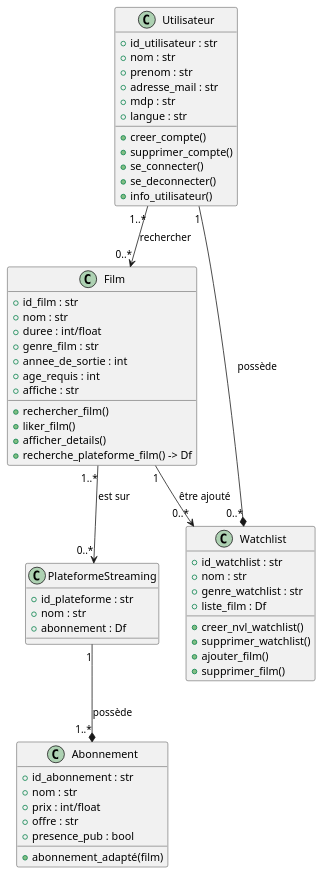
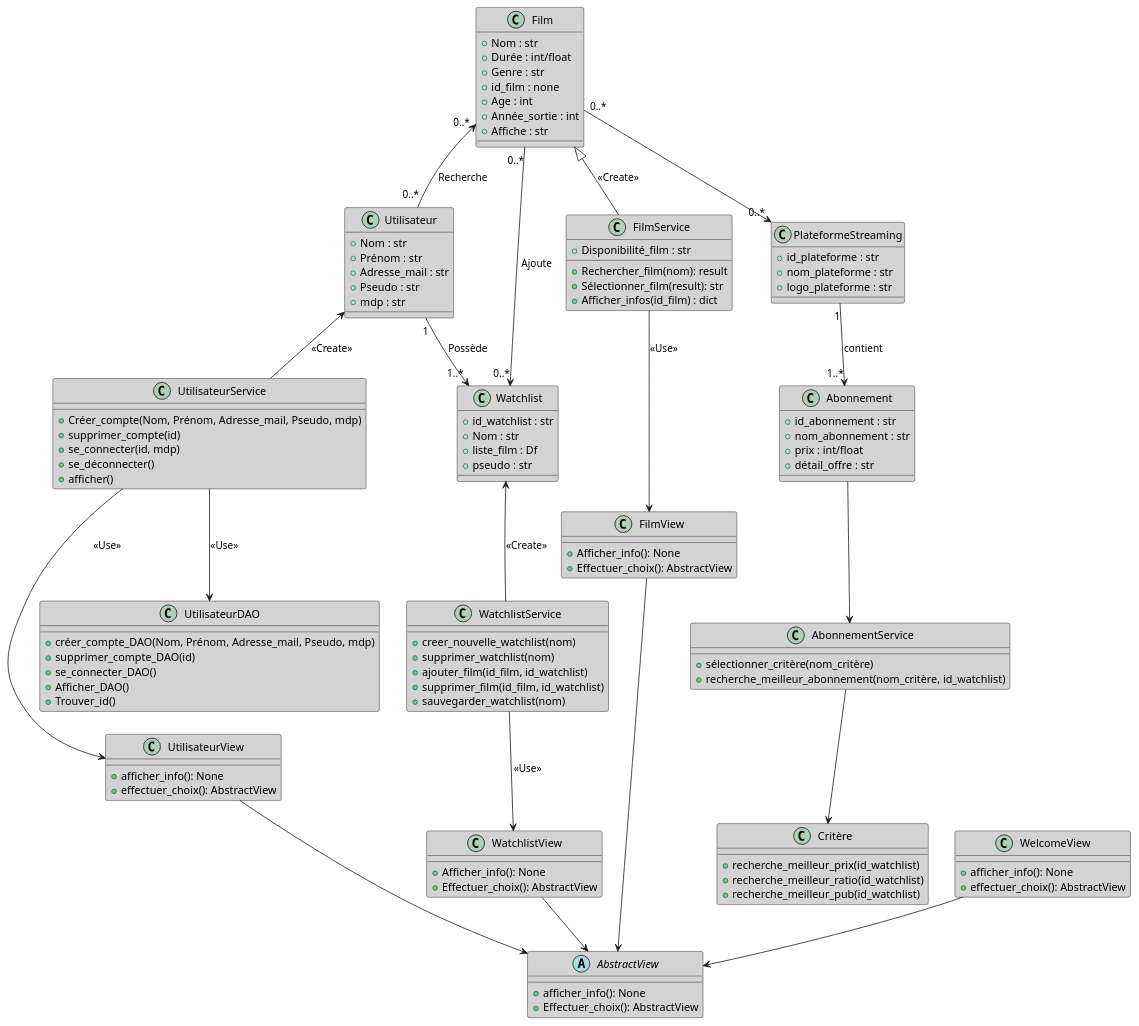
The diagram in doc/info_projet/diagrammes_PUML/diagramme_classe.puml (gpmp58/StreamSmartGroupe11), drawn with PlantUML before and after one commit.

Commit message:
diag class

```diff
--- a/doc/info_projet/diagrammes_PUML/diagramme_classe.puml
+++ b/doc/info_projet/diagrammes_PUML/diagramme_classe.puml
@@ -1,63 +1,141 @@
-@startuml 2
+@startuml
 
+skinparam class {
+    BackgroundColor lightgrey
+    BorderColor black
+    FontColor black
+}
+
+' Classe Utilisateur et ses services
 class Utilisateur {
-    +id_utilisateur : str
-    +nom : str
-    +prenom : str
-    +adresse_mail : str
+    +Nom : str
+    +Prénom : str
+    +Adresse_mail : str
+    +Pseudo : str
     +mdp : str
-    +langue : str
-    +creer_compte() 
-    +supprimer_compte() 
-    +se_connecter() 
-    +se_deconnecter() 
-    +info_utilisateur()
+}
+
+class UtilisateurService {
+    +Créer_compte(Nom, Prénom, Adresse_mail, Pseudo, mdp)
+    +supprimer_compte(id)
+    +se_connecter(id, mdp)
+    +se_déconnecter()
+    +afficher()
+}
+
+class UtilisateurDAO {
+    +créer_compte_DAO(Nom, Prénom, Adresse_mail, Pseudo, mdp)
+    +supprimer_compte_DAO(id)
+    +se_connecter_DAO()
+    +Afficher_DAO()
+    +Trouver_id()
 }
 
 class Film {
-    +id_film : str
-    +nom : str
-    +duree : int/float
-    +genre_film : str
-    +annee_de_sortie : int
-    +age_requis : int
-    +affiche : str
-    +rechercher_film() 
-    +liker_film()
-    +afficher_details() 
-    +recherche_plateforme_film() -> Df
+    +Nom : str
+    +Durée : int/float
+    +Genre : str
+    +id_film : none
+    +Age : int
+    +Année_sortie : int
+    +Affiche : str
+}
+
+class FilmService {
+    +Rechercher_film(nom): result
+    +Sélectionner_film(result): str
+    +Afficher_infos(id_film) : dict
+    +Disponibilité_film : str
+}
+
+class FilmView {
+    +Afficher_info(): None
+    +Effectuer_choix(): AbstractView
 }
 
 class Watchlist {
     +id_watchlist : str
-    +nom : str
-    +genre_watchlist : str
+    +Nom : str
     +liste_film : Df
-    +creer_nvl_watchlist()
-    +supprimer_watchlist() 
-    +ajouter_film()
-    +supprimer_film()
+    +pseudo : str
+}
+
+class WatchlistService {
+    +creer_nouvelle_watchlist(nom)
+    +supprimer_watchlist(nom)
+    +ajouter_film(id_film, id_watchlist)
+    +supprimer_film(id_film, id_watchlist)
+    +sauvegarder_watchlist(nom)
+}
+
+class WatchlistView {
+    +Afficher_info(): None
+    +Effectuer_choix(): AbstractView
+}
+
+abstract class AbstractView {
+    +afficher_info(): None
+    +Effectuer_choix(): AbstractView
+}
+
+class WelcomeView {
+    +afficher_info(): None
+    +effectuer_choix(): AbstractView
+}
+
+class UtilisateurView {
+    +afficher_info(): None
+    +effectuer_choix(): AbstractView
 }
 
 class PlateformeStreaming {
     +id_plateforme : str
-    +nom : str
-    +abonnement : Df
+    +nom_plateforme : str
+    +logo_plateforme : str
 }
 
 class Abonnement {
     +id_abonnement : str
-    +nom : str
+    +nom_abonnement : str
     +prix : int/float
-    +offre : str
-    +presence_pub : bool
-    +abonnement_adapté(film)
+    +détail_offre : str
 }
 
-Utilisateur "1" --* "0..*" Watchlist : possède
-Utilisateur "1..*" --> "0..*" Film : rechercher
-Film "1" --> "0..*" Watchlist : être ajouté
-Film "1..*" --> "0..*" PlateformeStreaming : est sur
-PlateformeStreaming "1" --* "1..*" Abonnement : possède
+class AbonnementService {
+    +sélectionner_critère(nom_critère)
+    +recherche_meilleur_abonnement(nom_critère, id_watchlist)
+}
+
+class Critère {
+    +recherche_meilleur_prix(id_watchlist)
+    +recherche_meilleur_ratio(id_watchlist)
+    +recherche_meilleur_pub(id_watchlist)
+}
+
+' Relations entre les classes et services
+
+Film "0..*" --> "0..*" PlateformeStreaming 
+PlateformeStreaming "1" --> "1..*" Abonnement : contient
+Abonnement --> AbonnementService
+AbonnementService --> Critère
+
+Film <|-- FilmService : <<Create>>
+FilmService --> FilmView : <<Use>>
+FilmView --> AbstractView
+
+WatchlistView --> AbstractView
+WelcomeView --> AbstractView
+UtilisateurView --> AbstractView
+
+Film "0..*" --> "0..*" Watchlist : Ajoute
+Watchlist <-- WatchlistService : <<Create>>
+WatchlistService --> WatchlistView : <<Use>>
+
+Film "0..*" <-- "0..*" Utilisateur : Recherche
+Utilisateur "1" --> "1..*" Watchlist : Possède
+
+Utilisateur <-- UtilisateurService : <<Create>>
+UtilisateurService --> UtilisateurDAO : <<Use>>
+UtilisateurService --> UtilisateurView : <<Use>>
 
 @enduml
```
